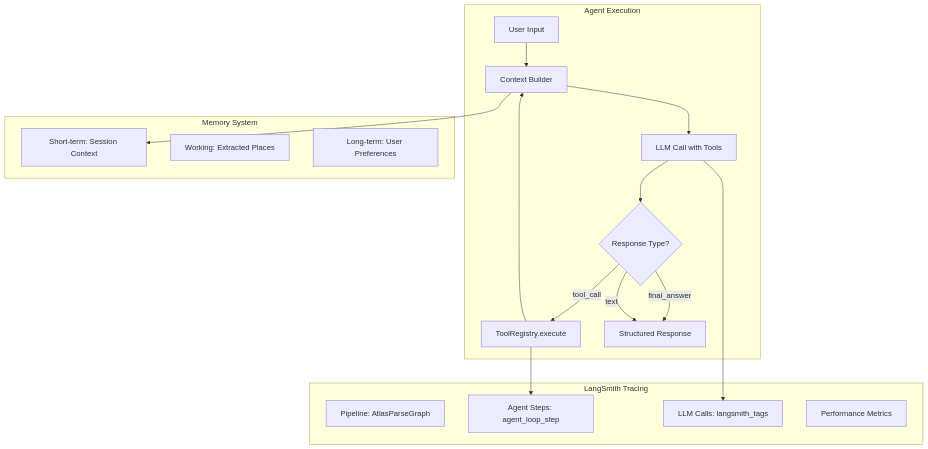
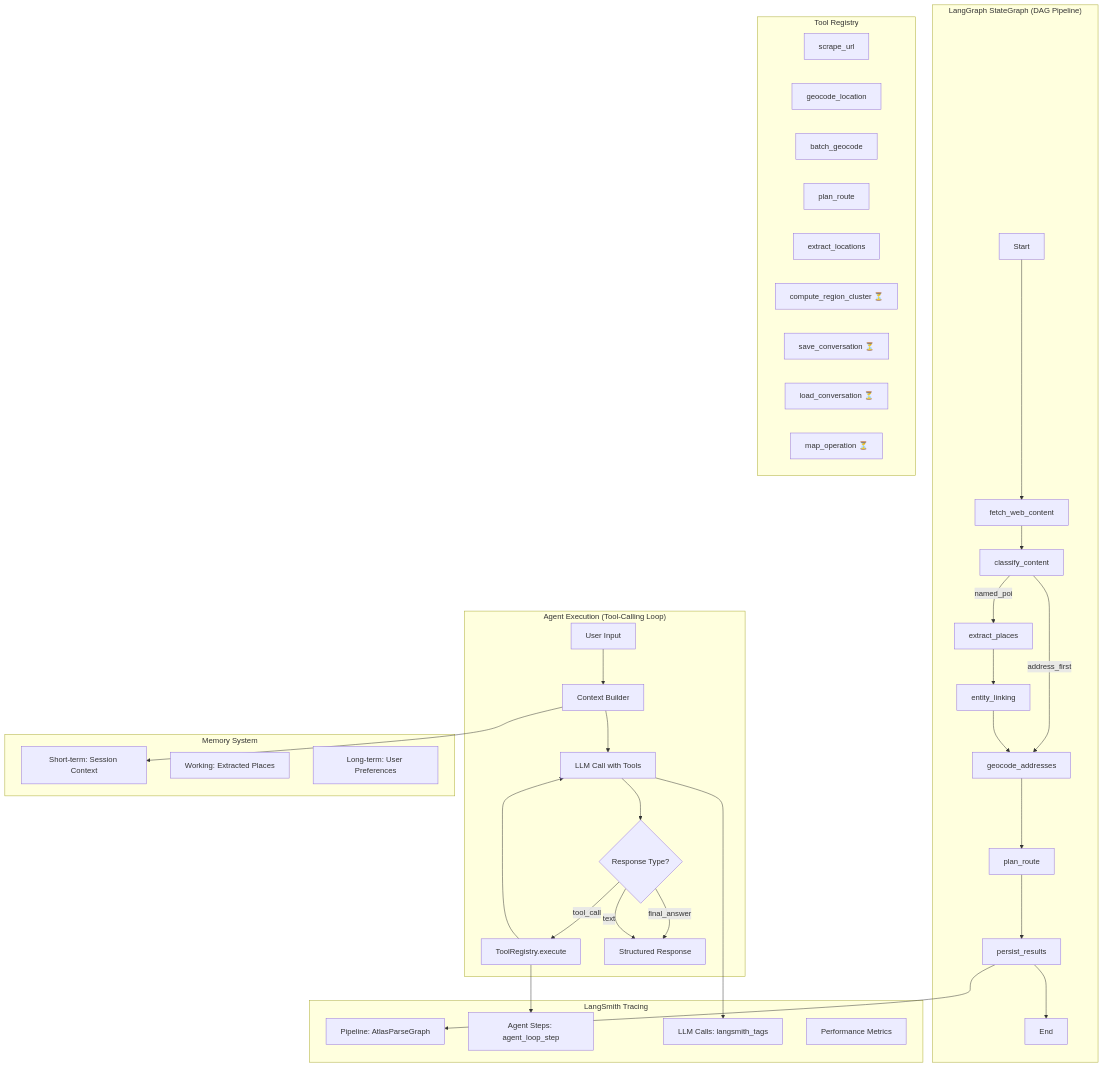
The second of 7 diagrams in README.md (zjwang168/atlas-mobile), drawn with Mermaid before and after one commit.

````diff
--- a/README.md
+++ b/README.md
@@ -104,29 +104,54 @@
 ```mermaid
 graph TD
-    subgraph "Agent Execution"
-        A1[User Input] --> A2[Context Builder]
-        A2 --> A3[LLM Call with Tools]
-        A3 --> A4{Response Type?}
-        A4 -->|tool_call| A5[ToolRegistry.execute]
-        A5 --> A2
-        A4 -->|final_answer| A6[Structured Response]
-        A4 -->|text| A6
+    subgraph "LangGraph StateGraph (DAG Pipeline)"
+        S[Start] --> F[fetch_web_content]
+        F --> C[classify_content]
+        C -->|address_first| G[geocode_addresses]
+        C -->|named_poi| E[extract_places]
+        E --> EL[entity_linking]
+        EL --> G
+        G --> R[plan_route]
+        R --> P[persist_results]
+        P --> END[End]
+    end
+
+    subgraph "Agent Execution (Tool-Calling Loop)"
+        UI[User Input] --> CB[Context Builder]
+        CB --> LLM[LLM Call with Tools]
+        LLM --> RT{Response Type?}
+        RT -->|tool_call| TREQ[ToolRegistry.execute]
+        TREQ --> LLM
+        RT -->|final_answer| RESP[Structured Response]
+        RT -->|text| RESP
+    end
+
+    subgraph "Tool Registry"
+        T1[scrape_url]
+        T2[geocode_location]
+        T3[batch_geocode]
+        T4[plan_route]
+        T5[extract_locations]
+        T6[compute_region_cluster ⏳]
+        T7[save_conversation ⏳]
+        T8[load_conversation ⏳]
+        T9[map_operation ⏳]
     end
 
     subgraph "Memory System"
-        B1[Short-term: Session Context]
-        B2[Working: Extracted Places]
-        B3[Long-term: User Preferences]
+        M1[Short-term: Session Context]
+        M2[Working: Extracted Places]
+        M3[Long-term: User Preferences]
     end
 
     subgraph "LangSmith Tracing"
-        C1[Pipeline: AtlasParseGraph]
-        C2[Agent Steps: agent_loop_step]
-        C3[LLM Calls: langsmith_tags]
-        C4[Performance Metrics]
+        LS1[Pipeline: AtlasParseGraph]
+        LS2[Agent Steps: agent_loop_step]
+        LS3[LLM Calls: langsmith_tags]
+        LS4[Performance Metrics]
     end
 
-    A2 --> B1
-    A3 --> C3
-    A5 --> C2
+    CB --> M1
+    LLM --> LS3
+    TREQ --> LS2
+    P --> LS1
 ```
````
